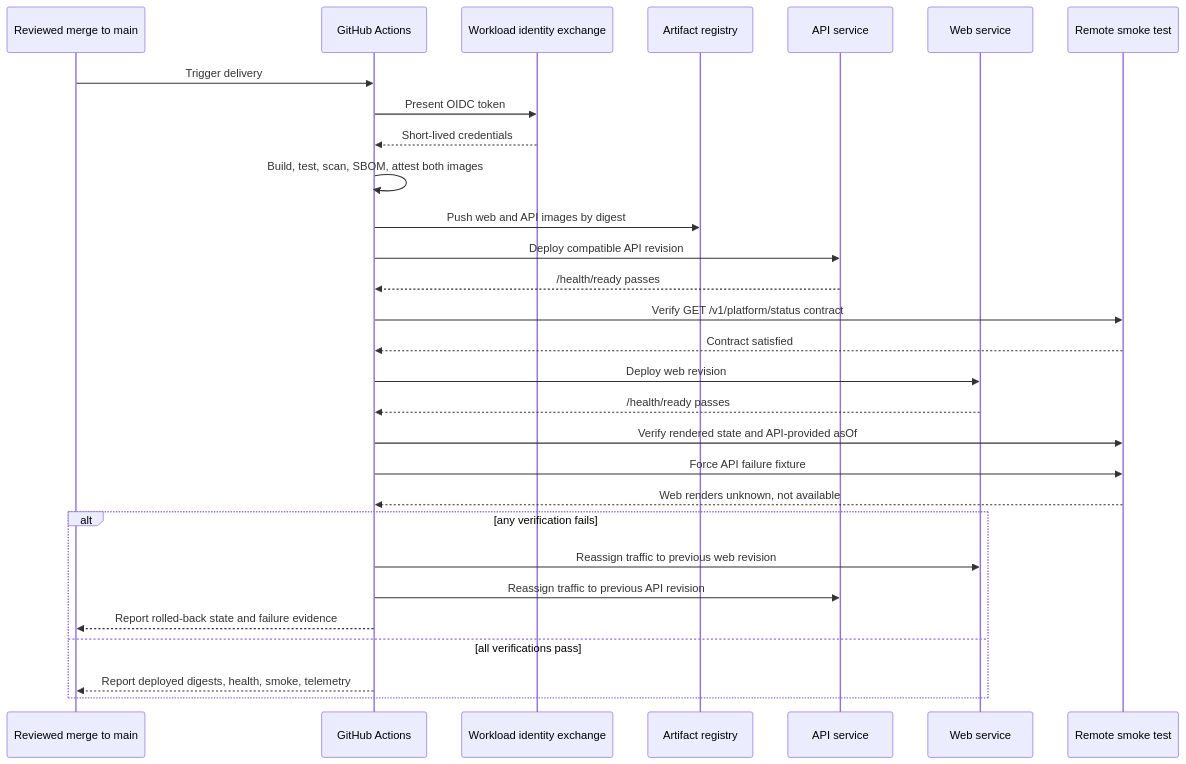
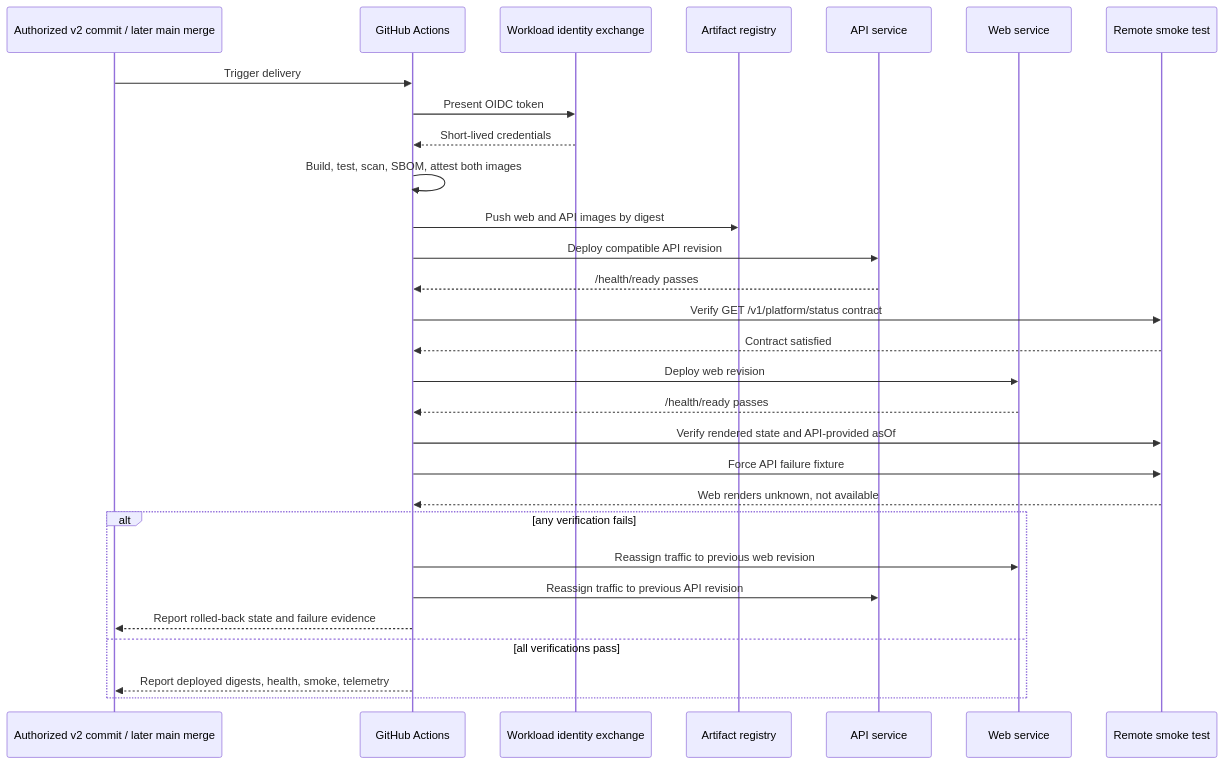
The third of 3 diagrams in docs/operations/deployment-composition.md (money-noodle/money-noodle), drawn with Mermaid before and after one commit. The commit also changed other lines of this file and 8 other files, not shown here.

````diff
--- a/docs/operations/deployment-composition.md
+++ b/docs/operations/deployment-composition.md
@@ -353,33 +354,33 @@
 ```mermaid
 sequenceDiagram
-    participant Merge as Reviewed merge to main
+    participant Merge as Authorized v2 commit / later main merge
     participant CI as GitHub Actions
     participant IdP as Workload identity exchange
     participant Reg as Artifact registry
     participant API as API service
     participant Web as Web service
     participant Smoke as Remote smoke test
 
     Merge->>CI: Trigger delivery
     CI->>IdP: Present OIDC token
     IdP-->>CI: Short-lived credentials
     CI->>CI: Build, test, scan, SBOM, attest both images
     CI->>Reg: Push web and API images by digest
     CI->>API: Deploy compatible API revision
     API-->>CI: /health/ready passes
     CI->>Smoke: Verify GET /v1/platform/status contract
     Smoke-->>CI: Contract satisfied
     CI->>Web: Deploy web revision
     Web-->>CI: /health/ready passes
     CI->>Smoke: Verify rendered state and API-provided asOf
     CI->>Smoke: Force API failure fixture
     Smoke-->>CI: Web renders unknown, not available
 
     alt any verification fails
         CI->>Web: Reassign traffic to previous web revision
         CI->>API: Reassign traffic to previous API revision
         CI-->>Merge: Report rolled-back state and failure evidence
     else all verifications pass
         CI-->>Merge: Report deployed digests, health, smoke, telemetry
     end
 ```
````
